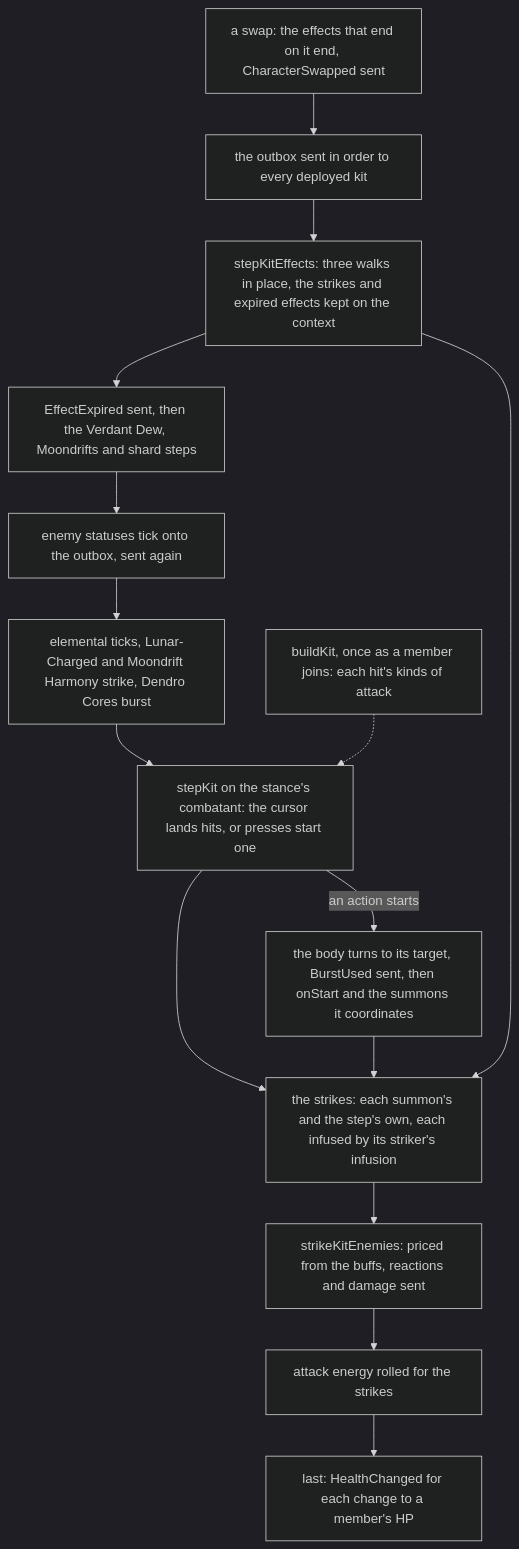
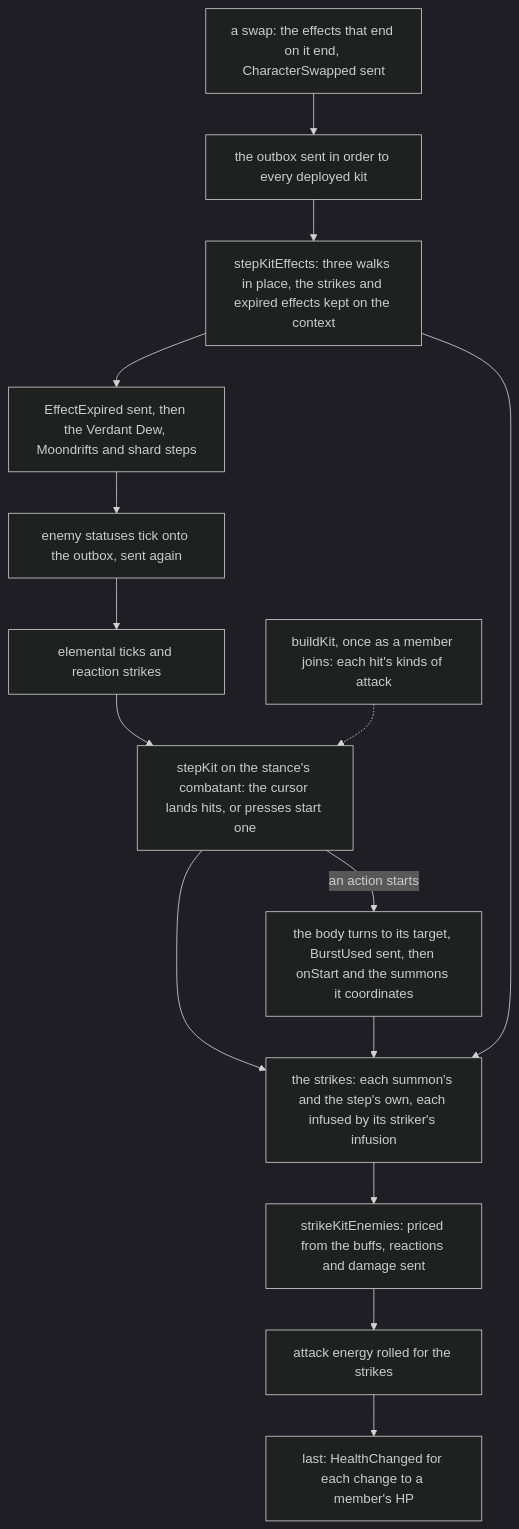
The fifth of 5 diagrams in openspec/specs/genshin/kits/README.md (Esposter/Esposter), drawn with Mermaid (dark theme) before and after one commit. The commit also changed other lines of this file and 13 other files, not shown here.

````diff
--- a/openspec/specs/genshin/kits/README.md
+++ b/openspec/specs/genshin/kits/README.md
@@ -279,18 +279,18 @@
 ```mermaid
 flowchart TD
   BUILD["buildKit, once as a member joins: each hit's kinds of attack"]
   SWAP["a swap: the effects that end on it end, CharacterSwapped sent"] --> OUT["the outbox sent in order to every deployed kit"]
   OUT --> EFFECTS["stepKitEffects: three walks in place, the strikes and expired effects kept on the context"]
   EFFECTS --> PARTY["EffectExpired sent, then the Verdant Dew, Moondrifts and shard steps"]
   PARTY --> ENEMIES["enemy statuses tick onto the outbox, sent again"]
-  ENEMIES --> REACT["elemental ticks, Lunar-Charged and Moondrift Harmony strike, Dendro Cores burst"]
+  ENEMIES --> REACT["elemental ticks and reaction strikes"]
   REACT --> STEP["stepKit on the stance's combatant: the cursor lands hits, or presses start one"]
   BUILD -.-> STEP
   STEP -->|"an action starts"| START["the body turns to its target, BurstUsed sent, then onStart and the summons it coordinates"]
   STEP --> STRIKES["the strikes: each summon's and the step's own, each infused by its striker's infusion"]
   START --> STRIKES
   EFFECTS --> STRIKES
   STRIKES --> PRICE["strikeKitEnemies: priced from the buffs, reactions and damage sent"]
   PRICE --> ENERGY["attack energy rolled for the strikes"]
   ENERGY --> HEALTH["last: HealthChanged for each change to a member's HP"]
 ```
````
